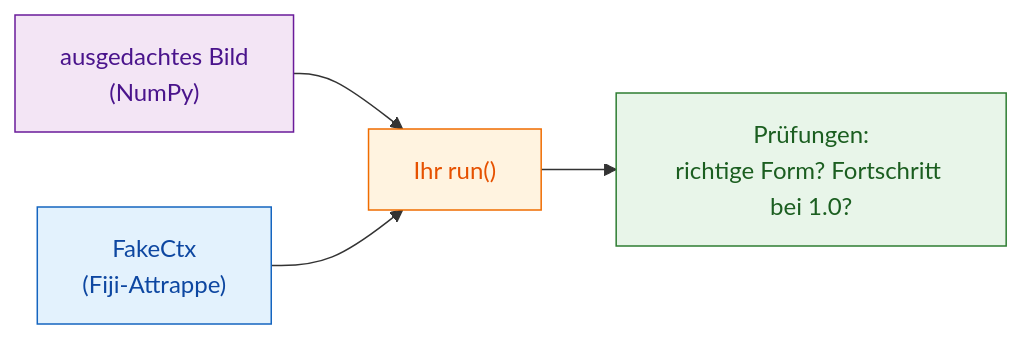
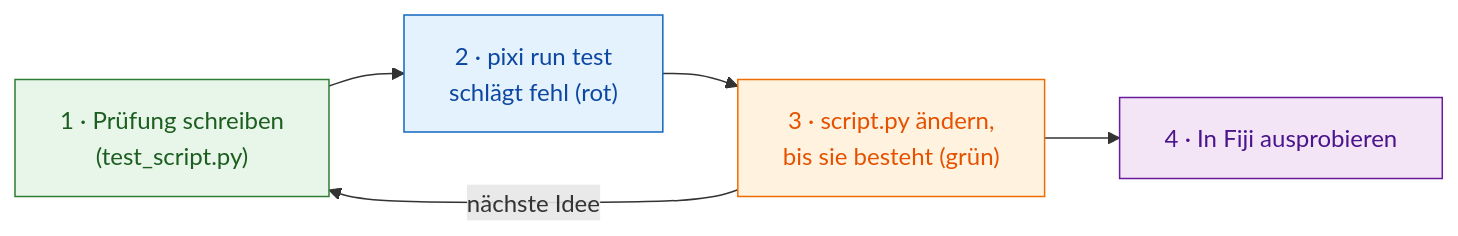
One commit to Oxford-Zeiss-Centre-of-Excellence/Wavu changed the diagram in guide/write/test-without-fiji.de.md. Above: the diagram before and after it, drawn with Mermaid. The commit also changed other lines of this file and 28 other files, not shown here.

````diff
--- a/guide/write/test-without-fiji.de.md
+++ b/guide/write/test-without-fiji.de.md
@@ -16,15 +21,14 @@
 ```mermaid
 flowchart LR
-    I["ausgedachtes Bild<br/>(NumPy)"]:::env
-    F["FakeCtx<br/>(Fiji-Attrappe)"]:::fiji
-    S["Ihr run()"]:::script
-    C["Prüfungen:<br/>richtige Form? Fortschritt bei 1.0?"]:::worker
-    I --> S
-    F --> S
-    S --> C
+    T["1 · Prüfung schreiben<br/>(test_script.py)"]:::worker
+    R["2 · pixi run test<br/>schlägt fehl (rot)"]:::fiji
+    S["3 · script.py ändern,<br/>bis sie besteht (grün)"]:::script
+    F["4 · In Fiji ausprobieren"]:::env
+    T --> R --> S --> F
+    S -- "nächste Idee" --> T
 
     classDef fiji   fill:#e3f2fd,stroke:#1565c0,color:#0d47a1
     classDef worker fill:#e8f5e9,stroke:#2e7d32,color:#1b5e20
     classDef script fill:#fff3e0,stroke:#ef6c00,color:#e65100
     classDef env    fill:#f3e5f5,stroke:#6a1b9a,color:#4a148c
 ```
````
